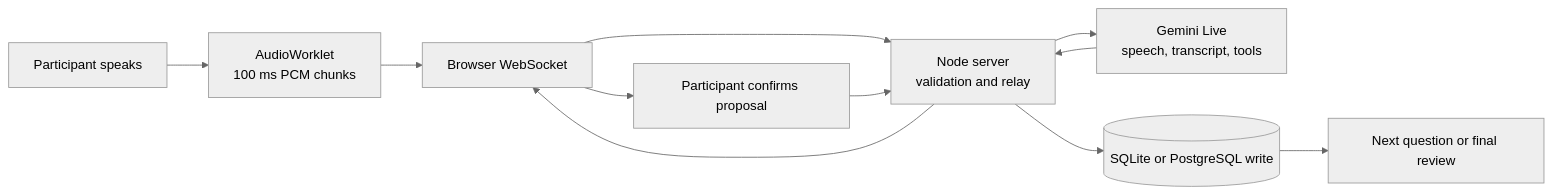
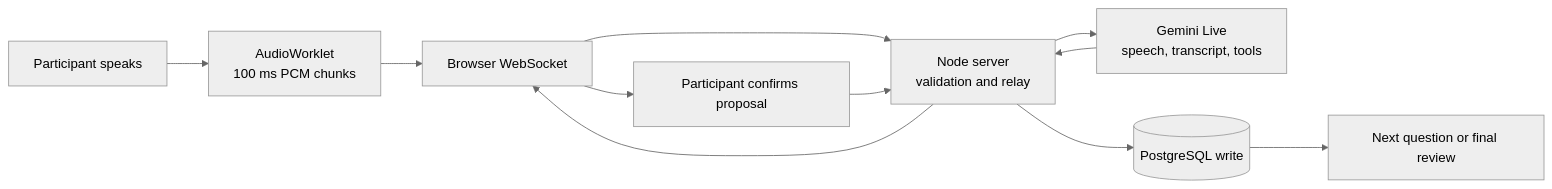
Before and after one commit to Keviv21/PHQ-9-assessment: the diagram in docs/WORKFLOW_AND_PERFORMANCE.md, drawn with Mermaid (neutral theme). The commit also changed other lines of this file and 103 other files, not shown here.

````diff
--- a/docs/WORKFLOW_AND_PERFORMANCE.md
+++ b/docs/WORKFLOW_AND_PERFORMANCE.md
@@ -7,13 +7,13 @@
 ```mermaid
 flowchart LR
     U[Participant speaks] --> W[AudioWorklet<br/>100 ms PCM chunks]
     W --> B[Browser WebSocket]
     B --> N[Node server<br/>validation and relay]
     N --> G[Gemini Live<br/>speech, transcript, tools]
     G --> N
     N --> B
     B --> C[Participant confirms proposal]
     C --> N
-    N --> D[(SQLite or PostgreSQL write)]
+    N --> D[(PostgreSQL write)]
     D --> Q[Next question or final review]
 ```
````
